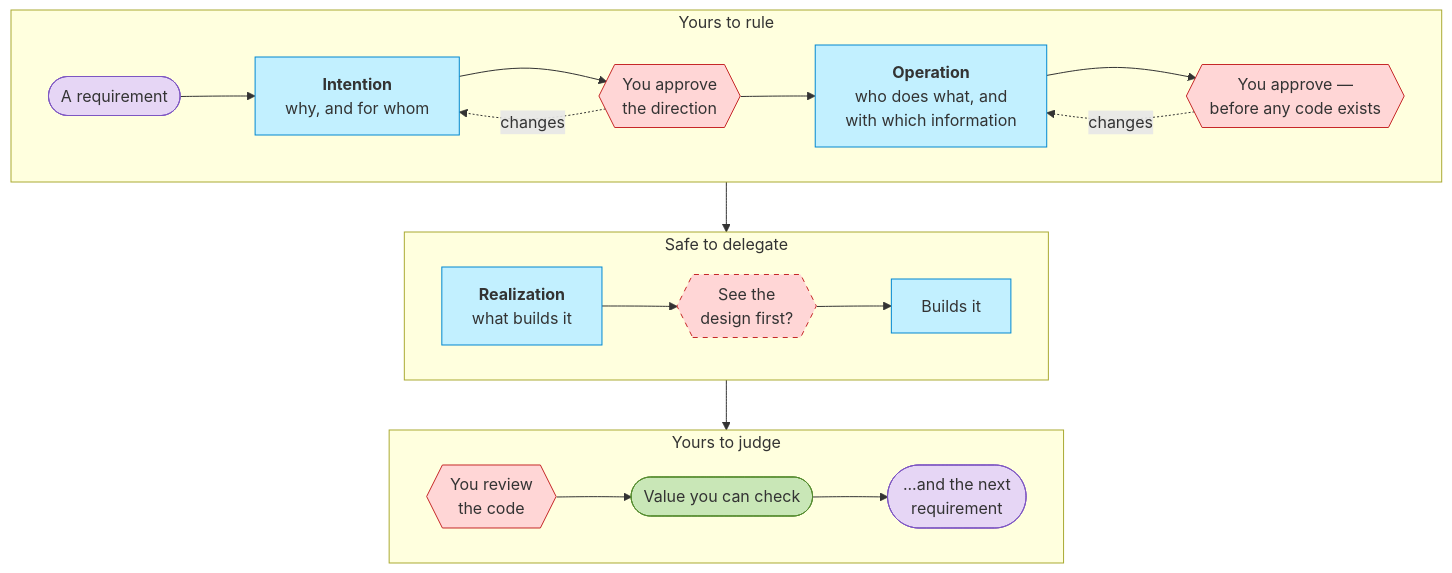
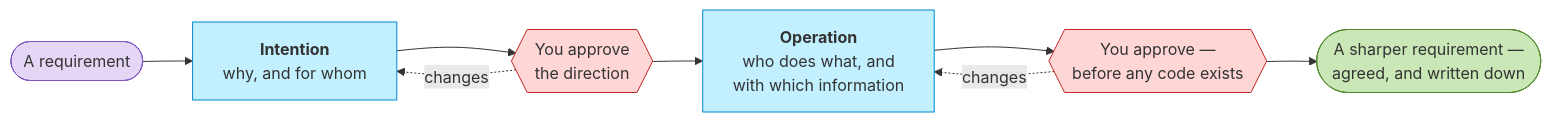
One commit to roanboc/archreator changed the first of 2 diagrams in README.md. Above: the diagram before and after it, drawn with Mermaid. The commit also changed other lines of this file, not shown here.

````diff
--- a/README.md
+++ b/README.md
@@ -44,37 +46,18 @@
 ```mermaid
-flowchart TB
-  subgraph RULE["&nbsp;&nbsp;Yours to rule&nbsp;&nbsp;"]
-    direction LR
-    req(["A requirement"]):::human
-    intention["<b>Intention</b><br/>why, and for whom"]:::ai
-    gA{{"You approve<br/>the direction"}}:::gate
-    operation["<b>Operation</b><br/>who does what, and<br/>with which information"]:::ai
-    gB{{"You approve —<br/>before any code exists"}}:::gate
-    req --> intention --> gA --> operation --> gB
-    gA -.->|"changes"| intention
-    gB -.->|"changes"| operation
-  end
+flowchart LR
+  req(["A requirement"]):::human
+  intention["<b>Intention</b><br/>why, and for whom"]:::ai
+  gA{{"You approve<br/>the direction"}}:::gate
+  operation["<b>Operation</b><br/>who does what, and<br/>with which information"]:::ai
+  gB{{"You approve —<br/>before any code exists"}}:::gate
+  out(["A sharper requirement —<br/>agreed, and written down"]):::done
 
-  subgraph DELEGATE["&nbsp;&nbsp;Safe to delegate&nbsp;&nbsp;"]
-    direction LR
-    realization["<b>Realization</b><br/>what builds it"]:::ai
-    gC{{"See the<br/>design first?"}}:::gateopt
-    build["Builds it"]:::ai
-    realization --> gC --> build
-  end
-
-  subgraph JUDGE["&nbsp;&nbsp;Yours to judge&nbsp;&nbsp;"]
-    direction LR
-    review{{"You review<br/>the code"}}:::gate
-    value(["Value you can check"]):::done
-    again(["...and the next<br/>requirement"]):::human
-    review --> value --> again
-  end
-
-  RULE --> DELEGATE --> JUDGE
+  req --> intention --> gA --> operation --> gB --> out
+  gA -.->|"changes"| intention
+  gB -.->|"changes"| operation
   classDef human fill:#e6d6f5,stroke:#7e57c2,color:#333
   classDef ai fill:#c2f0ff,stroke:#0288d1,color:#333
   classDef gate fill:#ffd6d6,stroke:#c62828,color:#333
   classDef gateopt fill:#ffd6d6,stroke:#c62828,color:#333,stroke-dasharray: 5 5
   classDef done fill:#c9e7b7,stroke:#558b2f,color:#333
 ```
````
